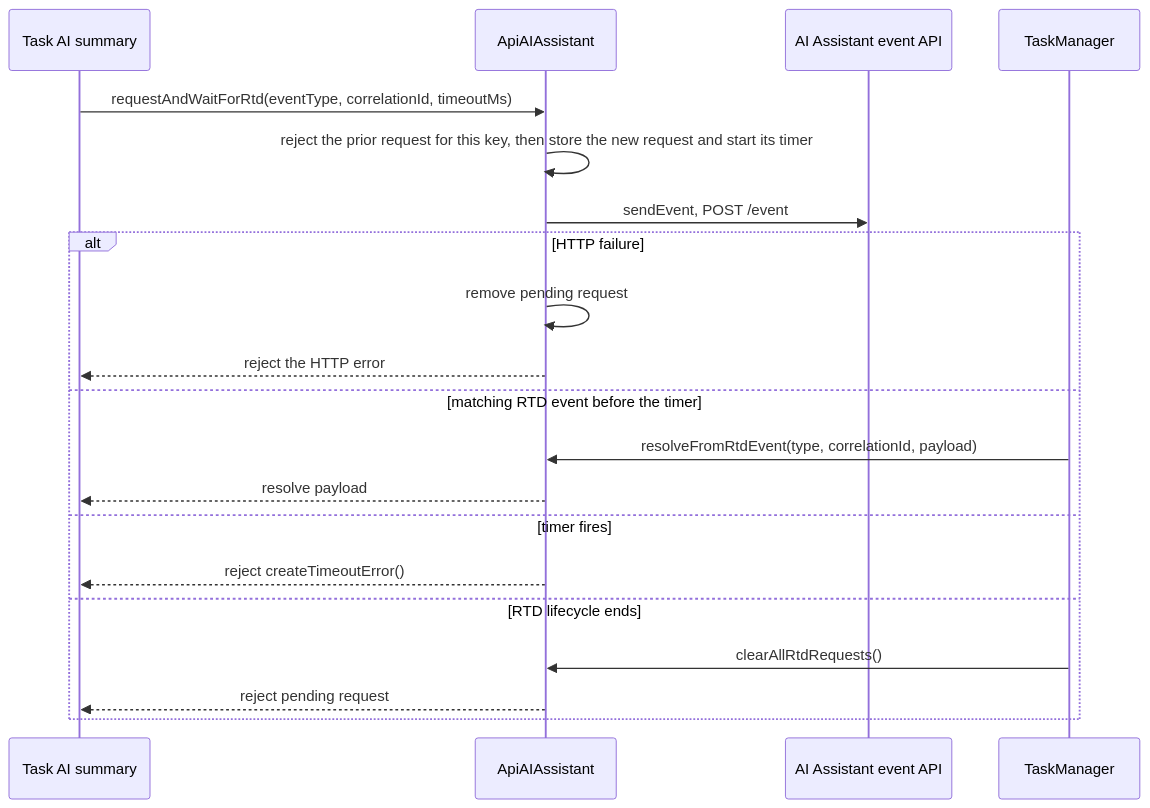
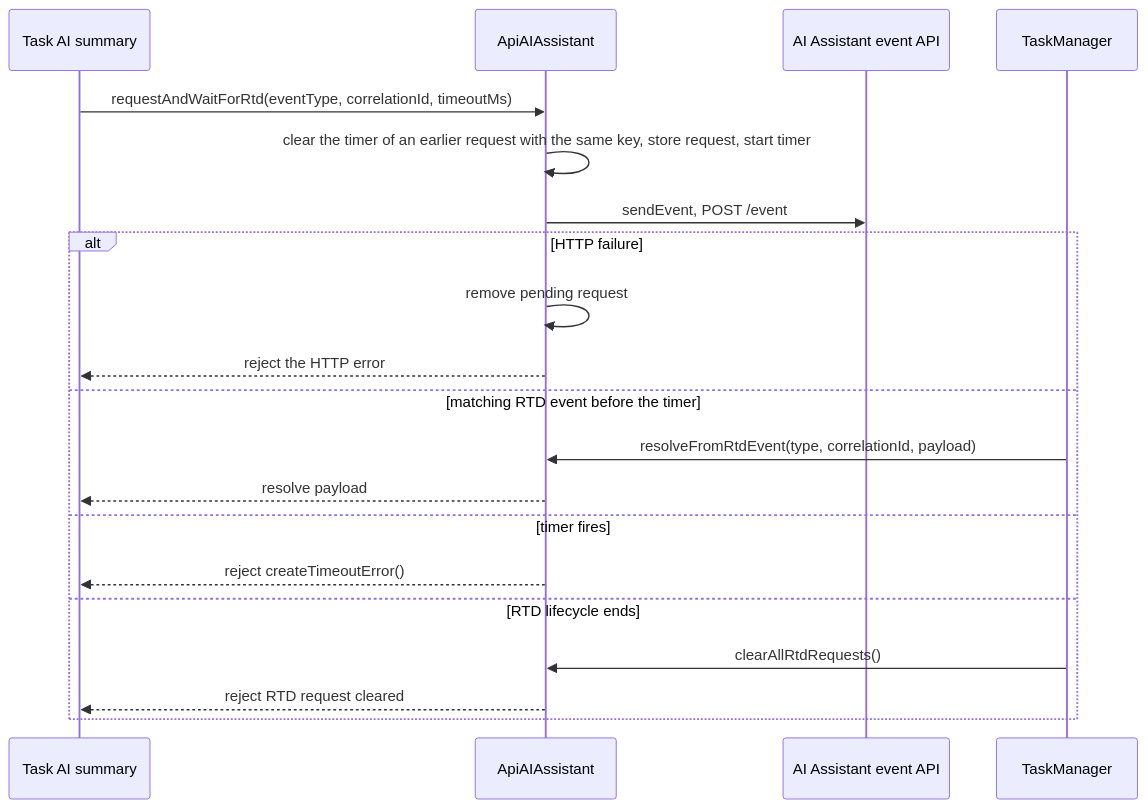
Before and after one commit to webex/webex-js-sdk: the fifth of 12 diagrams in packages/@webex/contact-center/src/services/docs/README.md, drawn with Mermaid. The commit also changed other lines of this file and 19 other files, not shown here.

````diff
--- a/packages/@webex/contact-center/src/services/docs/README.md
+++ b/packages/@webex/contact-center/src/services/docs/README.md
@@ -417,22 +417,22 @@
 ```mermaid
 sequenceDiagram
   participant T as Task AI summary
   participant AI as ApiAIAssistant
   participant SVC as AI Assistant event API
   participant TM as TaskManager
   T->>AI: requestAndWaitForRtd(eventType, correlationId, timeoutMs)
-  AI->>AI: reject the prior request for this key, then store the new request and start its timer
+  AI->>AI: clear the timer of an earlier request with the same key, store request, start timer
   AI->>SVC: sendEvent, POST /event
   alt HTTP failure
     AI->>AI: remove pending request
     AI-->>T: reject the HTTP error
   else matching RTD event before the timer
     TM->>AI: resolveFromRtdEvent(type, correlationId, payload)
     AI-->>T: resolve payload
   else timer fires
     AI-->>T: reject createTimeoutError()
   else RTD lifecycle ends
     TM->>AI: clearAllRtdRequests()
-    AI-->>T: reject pending request
+    AI-->>T: reject RTD request cleared
   end
 ```
````
